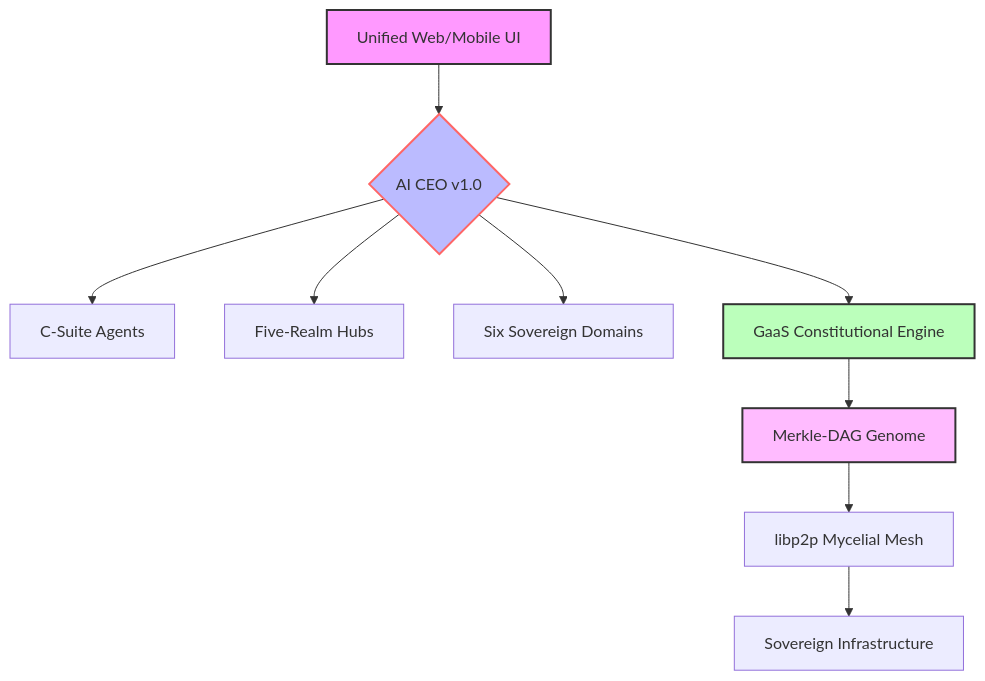
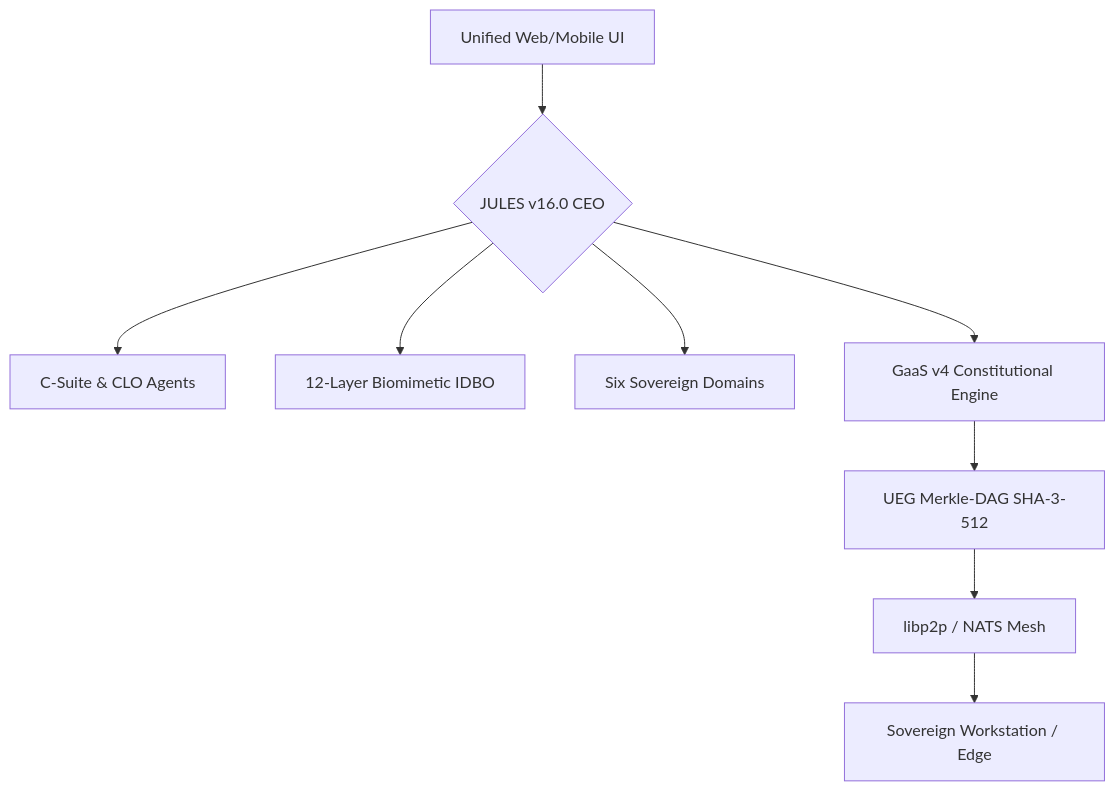
Before and after one commit to Rehan719/Workstation: the diagram in README.md, drawn with Mermaid. The commit also changed other lines of this file and 47 other files, not shown here.

````diff
--- a/README.md
+++ b/README.md
@@ -34,15 +30,11 @@
 ```mermaid
 graph TD
-    A[Unified Web/Mobile UI] --> B{AI CEO v1.0}
-    B --> C[C‑Suite Agents]
-    B --> D[Five-Realm Hubs]
+    A[Unified Web/Mobile UI] --> B{JULES v16.0 CEO}
+    B --> C[C-Suite & CLO Agents]
+    B --> D[12-Layer Biomimetic IDBO]
     B --> E[Six Sovereign Domains]
-    B --> F[GaaS Constitutional Engine]
-    F --> G[Merkle-DAG Genome]
-    G --> H[libp2p Mycelial Mesh]
-    H --> I[Sovereign Infrastructure]
-    style A fill:#f9f,stroke:#333,stroke-width:2px
-    style B fill:#bbf,stroke:#f66,stroke-width:2px
-    style F fill:#bfb,stroke:#333,stroke-width:2px
-    style G fill:#fbf,stroke:#333,stroke-width:2px
+    B --> F[GaaS v4 Constitutional Engine]
+    F --> G[UEG Merkle-DAG SHA-3-512]
+    G --> H[libp2p / NATS Mesh]
+    H --> I[Sovereign Workstation / Edge]
 ```
````
